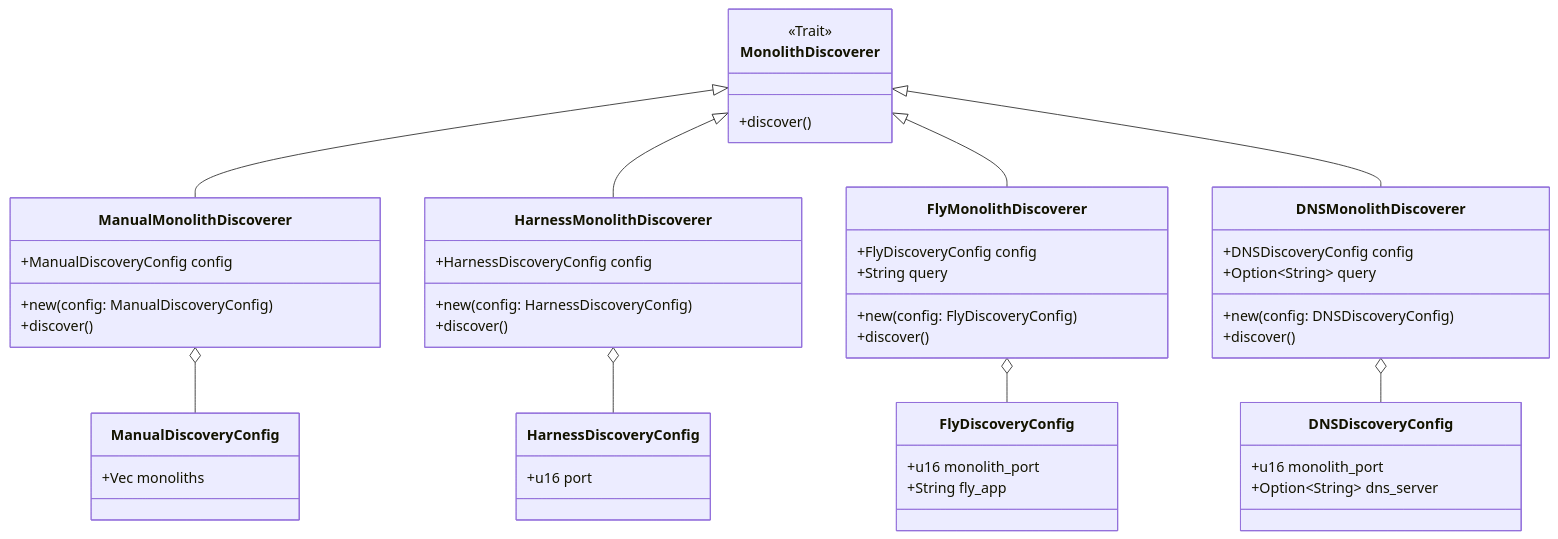
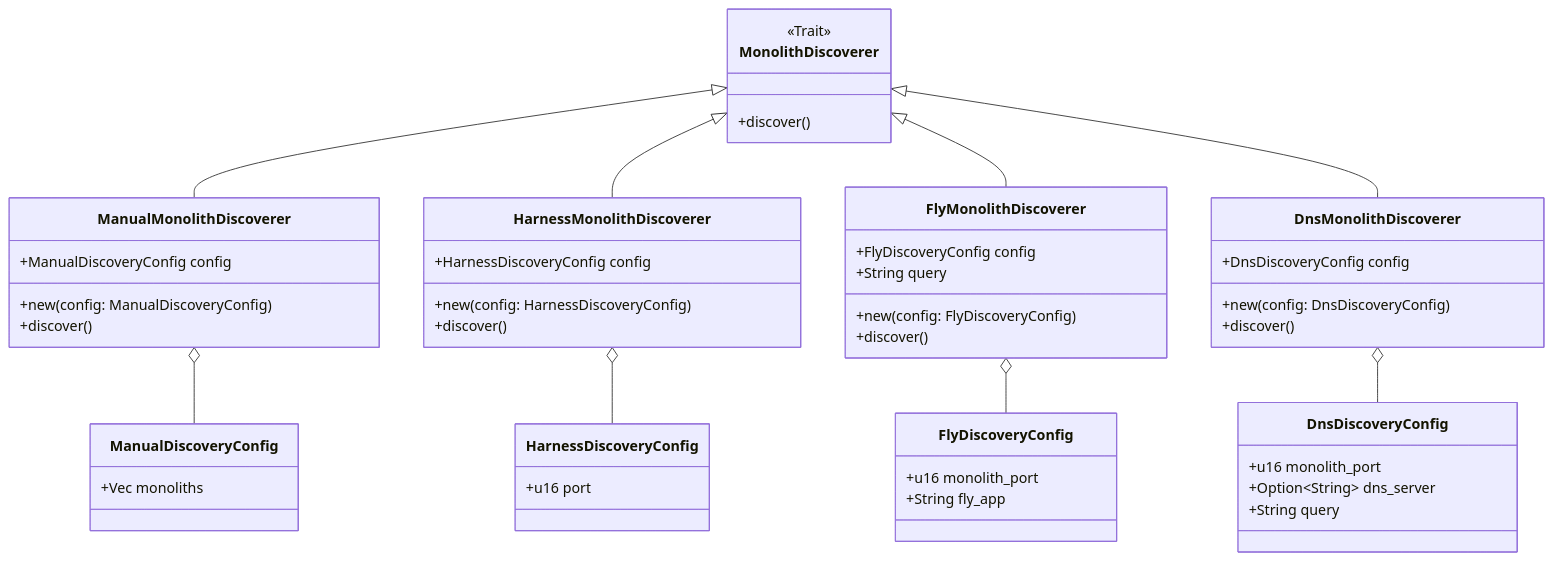
One commit to dyc3/senior-design changed the diagram in figures/discovery/monolith-discoverers.mmd. Above: the diagram before and after it, drawn with Mermaid. The commit also changed 2 other files, not shown here.

Commit message:
updated figure to reflect merged code (#289)
resolves #275

```diff
--- a/figures/discovery/monolith-discoverers.mmd
+++ b/figures/discovery/monolith-discoverers.mmd
@@ -1,46 +1,46 @@
 classDiagram
     direction BT
     class MonolithDiscoverer {
         <<Trait>>
         +discover()
     }
     ManualMonolithDiscoverer --|> MonolithDiscoverer
     HarnessMonolithDiscoverer --|> MonolithDiscoverer
     FlyMonolithDiscoverer --|> MonolithDiscoverer
-    DNSMonolithDiscoverer --|> MonolithDiscoverer
+    DnsMonolithDiscoverer --|> MonolithDiscoverer
 
-    DNSDiscoveryConfig --o DNSMonolithDiscoverer
-    DNSDiscoveryConfig : +u16 monolith_port
-    DNSDiscoveryConfig : +Option~String~ dns_server
-    class DNSMonolithDiscoverer{
-        +DNSDiscoveryConfig config
-        +Option~String~ query
-        +new(config: DNSDiscoveryConfig)
+    DnsDiscoveryConfig --o DnsMonolithDiscoverer
+    DnsDiscoveryConfig : +u16 monolith_port
+    DnsDiscoveryConfig : +Option~String~ dns_server
+    DnsDiscoveryConfig : +String query
+    class DnsMonolithDiscoverer{
+        +DnsDiscoveryConfig config
+        +new(config: DnsDiscoveryConfig)
         +discover()
     }
 
     FlyDiscoveryConfig --o FlyMonolithDiscoverer
     FlyDiscoveryConfig : +u16 monolith_port
     FlyDiscoveryConfig : +String fly_app
     class FlyMonolithDiscoverer{
         +FlyDiscoveryConfig config
         +String query
         +new(config: FlyDiscoveryConfig)
         +discover()
     }
 
     ManualDiscoveryConfig --o ManualMonolithDiscoverer
     ManualDiscoveryConfig : +Vec monoliths
     class ManualMonolithDiscoverer{
         +ManualDiscoveryConfig config
         +new(config: ManualDiscoveryConfig)
         +discover()
     }
 
     HarnessDiscoveryConfig --o HarnessMonolithDiscoverer
     HarnessDiscoveryConfig : +u16 port
     class HarnessMonolithDiscoverer{
         +HarnessDiscoveryConfig config
         +new(config: HarnessDiscoveryConfig)
         +discover()
     }
```
